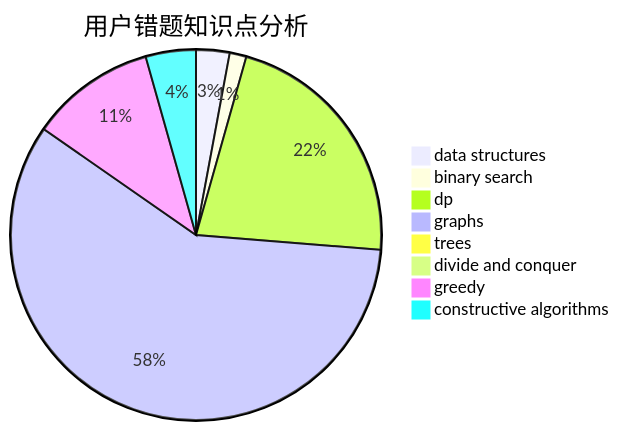
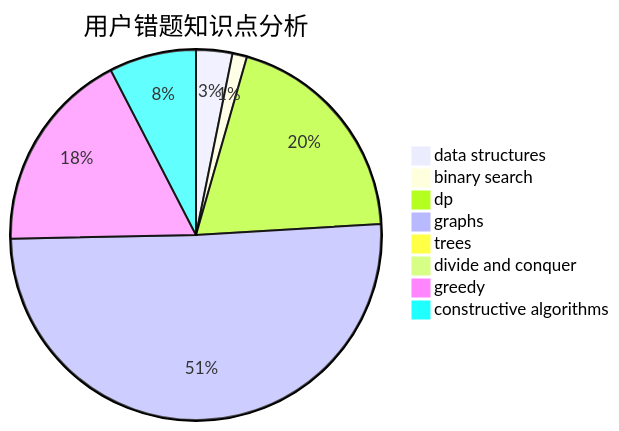
One commit to sherpahu/cfrs.github.io changed the third of 3 diagrams in docs/user/u2565.md. Above: the diagram before and after it, drawn with Mermaid. The commit also changed other lines of this file and 2770 other files, not shown here.

````diff
--- a/docs/user/u2565.md
+++ b/docs/user/u2565.md
@@ -36,11 +36,11 @@
 ```mermaid
 pie title 用户错题知识点分析
-    "data structures" :  4
+    "data structures" :  5
     "binary search" :  2
-    "dp" :  30
+    "dp" :  31
     "graphs" :  80
     "trees" :  0
     "divide and conquer" :  0
-    "greedy" :  15
-    "constructive algorithms" :  6
+    "greedy" :  28
+    "constructive algorithms" :  12
 ```
````
